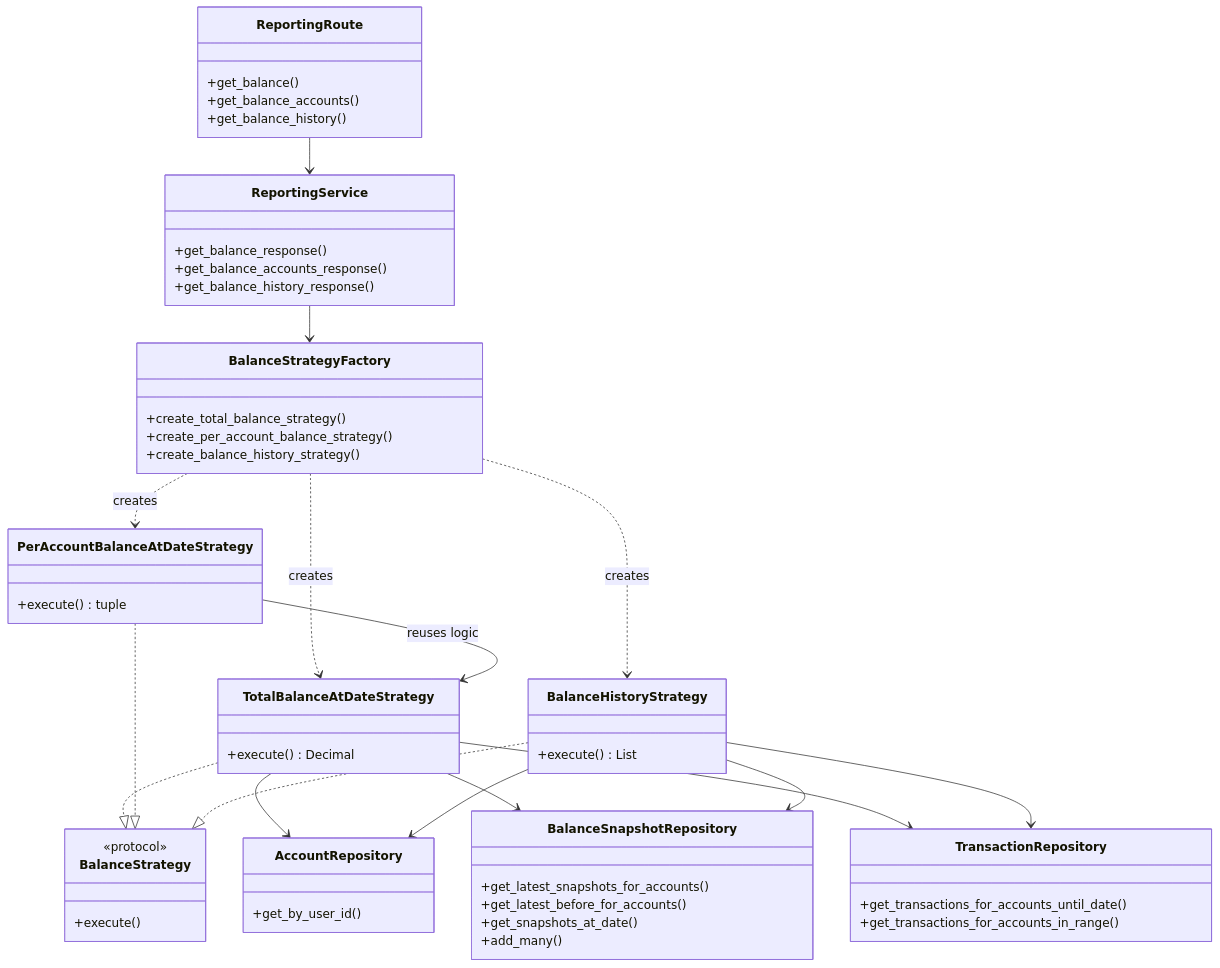
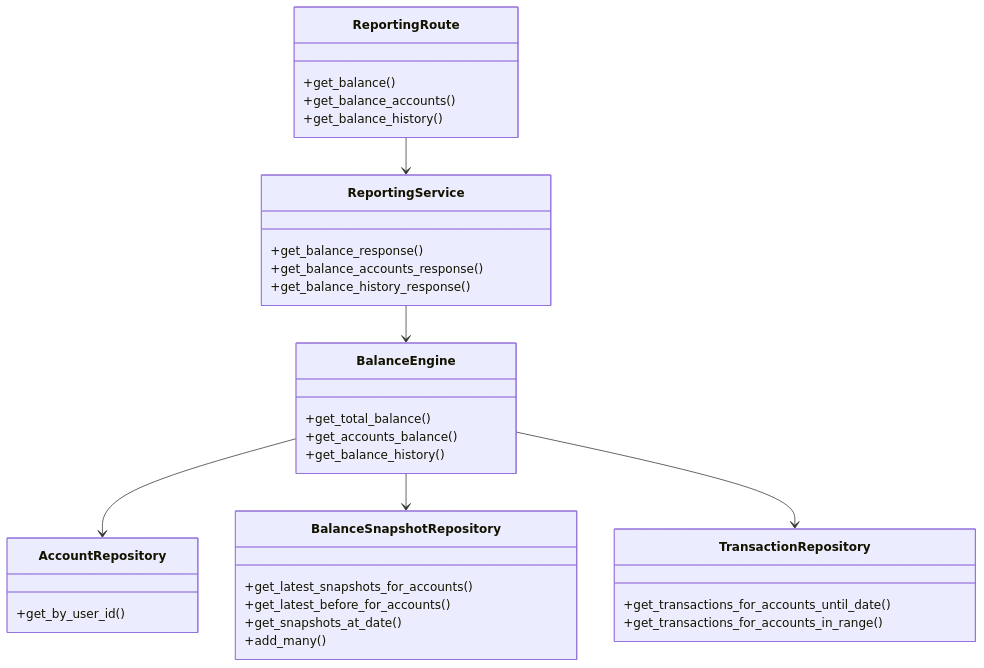
Before and after one commit to robz-code/smart-finances-back: the first of 6 diagrams in docs/BalanceEngineDiagrams.md, drawn with Mermaid. The commit also changed other lines of this file and 11 other files, not shown here.

First line of the commit message:
Refactor balance architecture to utilize BalanceEngine for reporting

````diff
--- a/docs/BalanceEngineDiagrams.md
+++ b/docs/BalanceEngineDiagrams.md
@@ -33,71 +26,44 @@
 ```mermaid
 classDiagram
     direction TB
 
     class ReportingRoute {
         +get_balance()
         +get_balance_accounts()
         +get_balance_history()
     }
 
     class ReportingService {
         +get_balance_response()
         +get_balance_accounts_response()
         +get_balance_history_response()
     }
 
-    class BalanceStrategy {
-        <<protocol>>
-        +execute()
-    }
-
-    class BalanceStrategyFactory {
-        +create_total_balance_strategy()
-        +create_per_account_balance_strategy()
-        +create_balance_history_strategy()
-    }
-
-    class TotalBalanceAtDateStrategy {
-        +execute() Decimal
-    }
-
-    class PerAccountBalanceAtDateStrategy {
-        +execute() tuple
-    }
-
-    class BalanceHistoryStrategy {
-        +execute() List
+    class BalanceEngine {
+        +get_total_balance()
+        +get_accounts_balance()
+        +get_balance_history()
     }
 
     class AccountRepository {
         +get_by_user_id()
     }
 
     class BalanceSnapshotRepository {
         +get_latest_snapshots_for_accounts()
         +get_latest_before_for_accounts()
         +get_snapshots_at_date()
         +add_many()
     }
 
     class TransactionRepository {
         +get_transactions_for_accounts_until_date()
         +get_transactions_for_accounts_in_range()
     }
 
     ReportingRoute --> ReportingService
-    ReportingService --> BalanceStrategyFactory
-    BalanceStrategyFactory ..> TotalBalanceAtDateStrategy : creates
-    BalanceStrategyFactory ..> PerAccountBalanceAtDateStrategy : creates
-    BalanceStrategyFactory ..> BalanceHistoryStrategy : creates
-    TotalBalanceAtDateStrategy ..|> BalanceStrategy
-    PerAccountBalanceAtDateStrategy ..|> BalanceStrategy
-    BalanceHistoryStrategy ..|> BalanceStrategy
-    TotalBalanceAtDateStrategy --> AccountRepository
-    TotalBalanceAtDateStrategy --> BalanceSnapshotRepository
-    TotalBalanceAtDateStrategy --> TransactionRepository
-    PerAccountBalanceAtDateStrategy --> TotalBalanceAtDateStrategy : reuses logic
-    BalanceHistoryStrategy --> AccountRepository
-    BalanceHistoryStrategy --> BalanceSnapshotRepository
-    BalanceHistoryStrategy --> TransactionRepository
+    ReportingService --> BalanceEngine
+    BalanceEngine --> AccountRepository
+    BalanceEngine --> BalanceSnapshotRepository
+    BalanceEngine --> TransactionRepository
 ```
````
